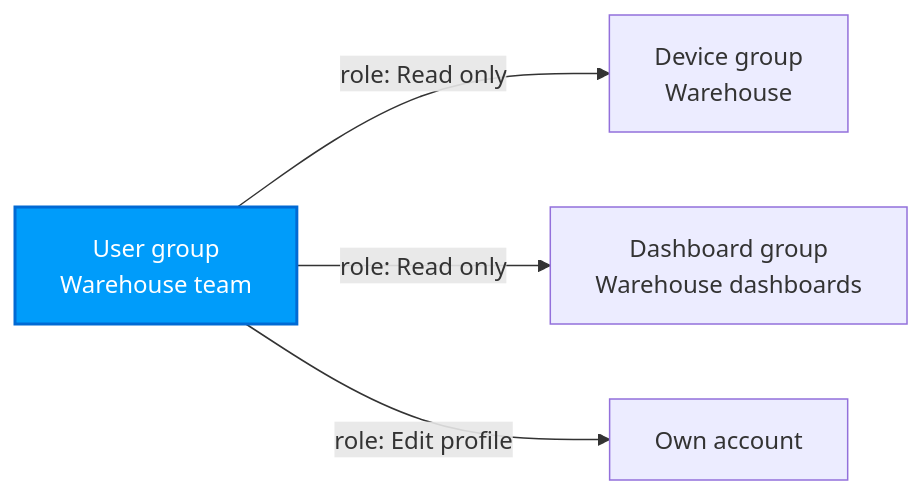
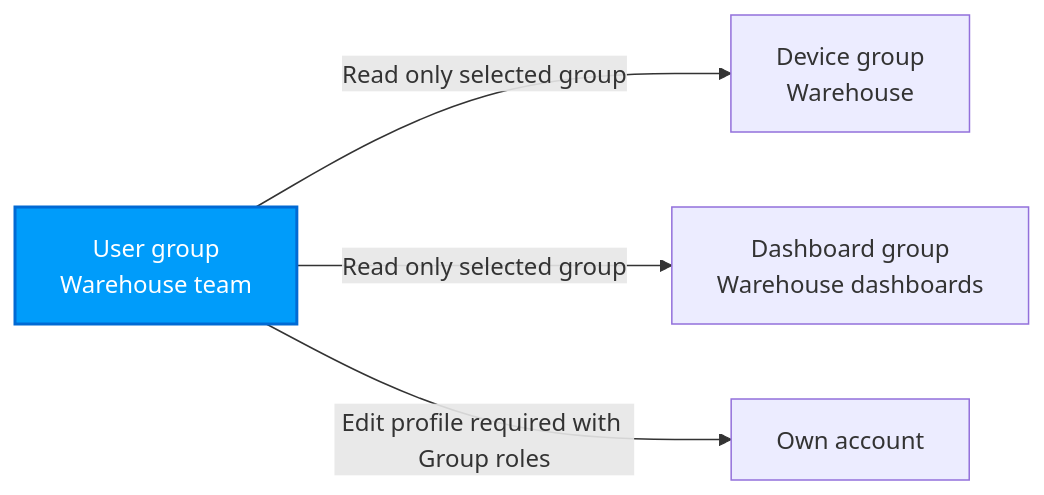
The diagram in apps/thingsboard/users-managing.md (hardwario/website-hardwario-docs), drawn with Mermaid before and after one commit. The commit also changed other lines of this file and 7 other files, not shown here.

First line of the commit message:
HARDWARIO Dashboards: Roles, permissions and Rule Engine as set up on our platform (EN, CS)

````diff
--- a/apps/thingsboard/users-managing.md
+++ b/apps/thingsboard/users-managing.md
@@ -26,8 +26,8 @@
 ```mermaid
 flowchart LR
-  U[User group<br/>Warehouse team] -->|role: Read only| D[Device group<br/>Warehouse]
-  U -->|role: Read only| DB[Dashboard group<br/>Warehouse dashboards]
-  U -->|role: Edit profile| P[Own account]
+  U[User group<br/>Warehouse team] -->|Read only selected group| D[Device group<br/>Warehouse]
+  U -->|Read only selected group| DB[Dashboard group<br/>Warehouse dashboards]
+  U -->|Edit profile required with Group roles| P[Own account]
   classDef hero fill:#009cfa,stroke:#016ad4,stroke-width:2px,color:#ffffff;
   class U hero;
 ```
````
